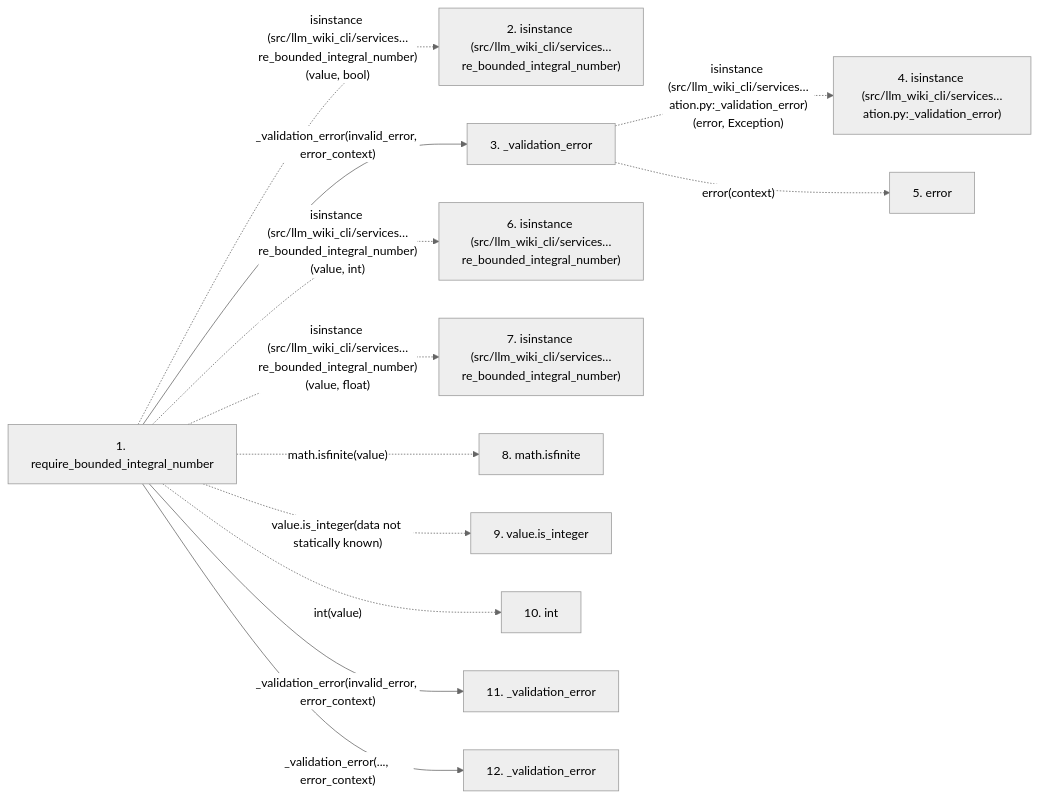
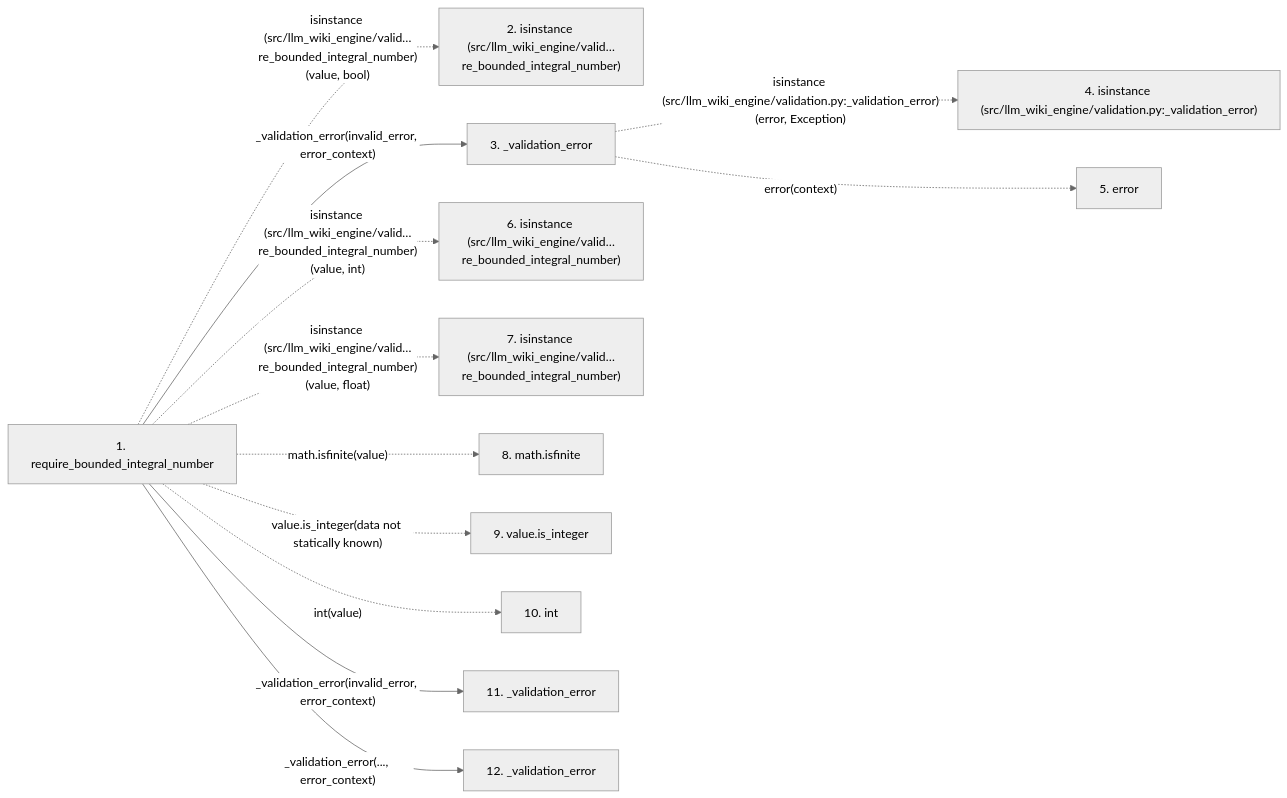
Before and after one commit to Denissvgn/python-wiki-llm: the second of 2 diagrams in docs/llm_wiki/flows/api-require_bounded_integral_number.md, drawn with Mermaid (neutral theme). The commit also changed other lines of this file and 1103 other files, not shown here.

First line of the commit message:
docs: refresh the wiki for the llm-wiki-engine distribution

````diff
--- a/docs/llm_wiki/flows/api-require_bounded_integral_number.md
+++ b/docs/llm_wiki/flows/api-require_bounded_integral_number.md
@@ -53,30 +53,30 @@
 ```mermaid
 flowchart LR
     s1["1. require_bounded_integral_number"]
-    s2["2. isinstance (src/llm_wiki_cli/services…re_bounded_integral_number)"]
+    s2["2. isinstance (src/llm_wiki_engine/valid…re_bounded_integral_number)"]
     s3["3. _validation_error"]
-    s4["4. isinstance (src/llm_wiki_cli/services…ation.py:_validation_error)"]
+    s4["4. isinstance (src/llm_wiki_engine/validation.py:_validation_error)"]
     s5["5. error"]
-    s6["6. isinstance (src/llm_wiki_cli/services…re_bounded_integral_number)"]
-    s7["7. isinstance (src/llm_wiki_cli/services…re_bounded_integral_number)"]
+    s6["6. isinstance (src/llm_wiki_engine/valid…re_bounded_integral_number)"]
+    s7["7. isinstance (src/llm_wiki_engine/valid…re_bounded_integral_number)"]
     s8["8. math.isfinite"]
     s9["9. value.is_integer"]
     s10["10. int"]
     s11["11. _validation_error"]
     s12["12. _validation_error"]
-    s1 -. "isinstance (src/llm_wiki_cli/services…re_bounded_integral_number)(value, bool)" .-> s2
+    s1 -. "isinstance (src/llm_wiki_engine/valid…re_bounded_integral_number)(value, bool)" .-> s2
     s1 -->|"_validation_error(invalid_error, error_context)"| s3
-    s3 -. "isinstance (src/llm_wiki_cli/services…ation.py:_validation_error)(error, Exception)" .-> s4
+    s3 -. "isinstance (src/llm_wiki_engine/validation.py:_validation_error)(error, Exception)" .-> s4
     s3 -. "error(context)" .-> s5
-    s1 -. "isinstance (src/llm_wiki_cli/services…re_bounded_integral_number)(value, int)" .-> s6
-    s1 -. "isinstance (src/llm_wiki_cli/services…re_bounded_integral_number)(value, float)" .-> s7
+    s1 -. "isinstance (src/llm_wiki_engine/valid…re_bounded_integral_number)(value, int)" .-> s6
+    s1 -. "isinstance (src/llm_wiki_engine/valid…re_bounded_integral_number)(value, float)" .-> s7
     s1 -. "math.isfinite(value)" .-> s8
     s1 -. "value.is_integer(data not statically known)" .-> s9
     s1 -. "int(value)" .-> s10
     s1 -->|"_validation_error(invalid_error, error_context)"| s11
     s1 -->|"_validation_error(..., error_context)"| s12
     click s1 "../modules/validation.md"
     click s3 "../modules/validation.md"
     click s11 "../modules/validation.md"
     click s12 "../modules/validation.md"
 ```
````
